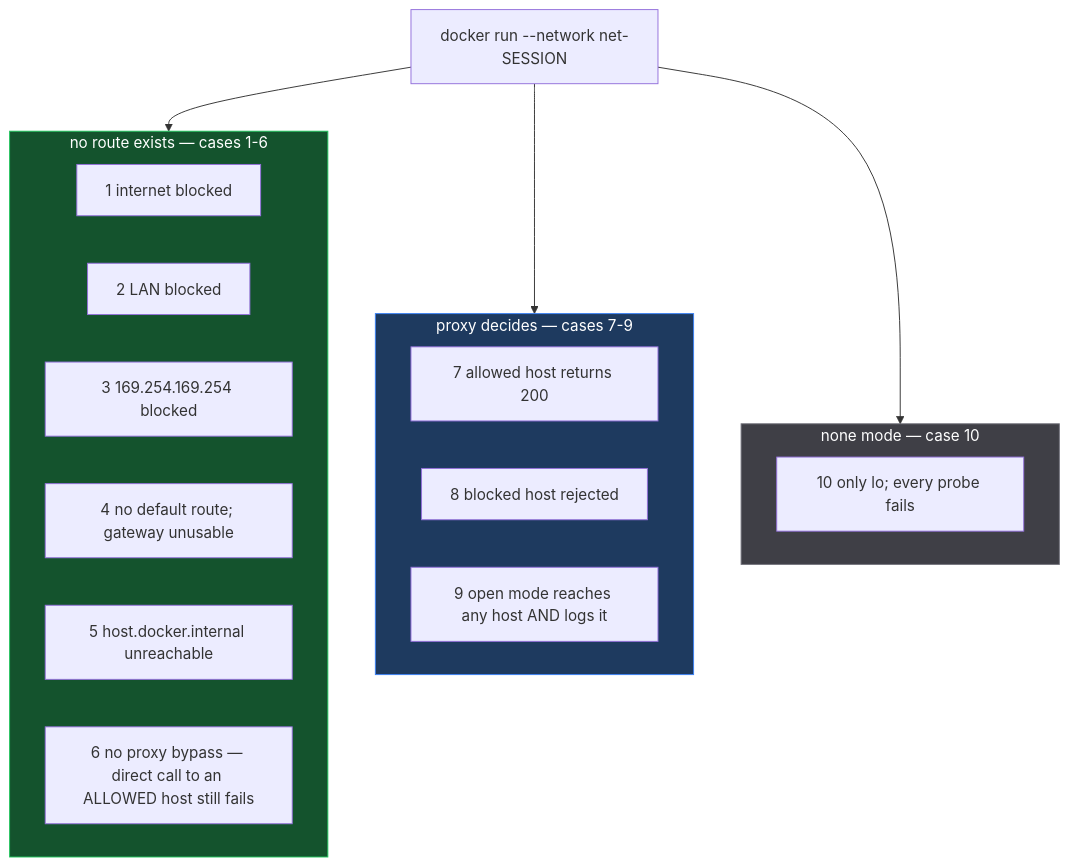
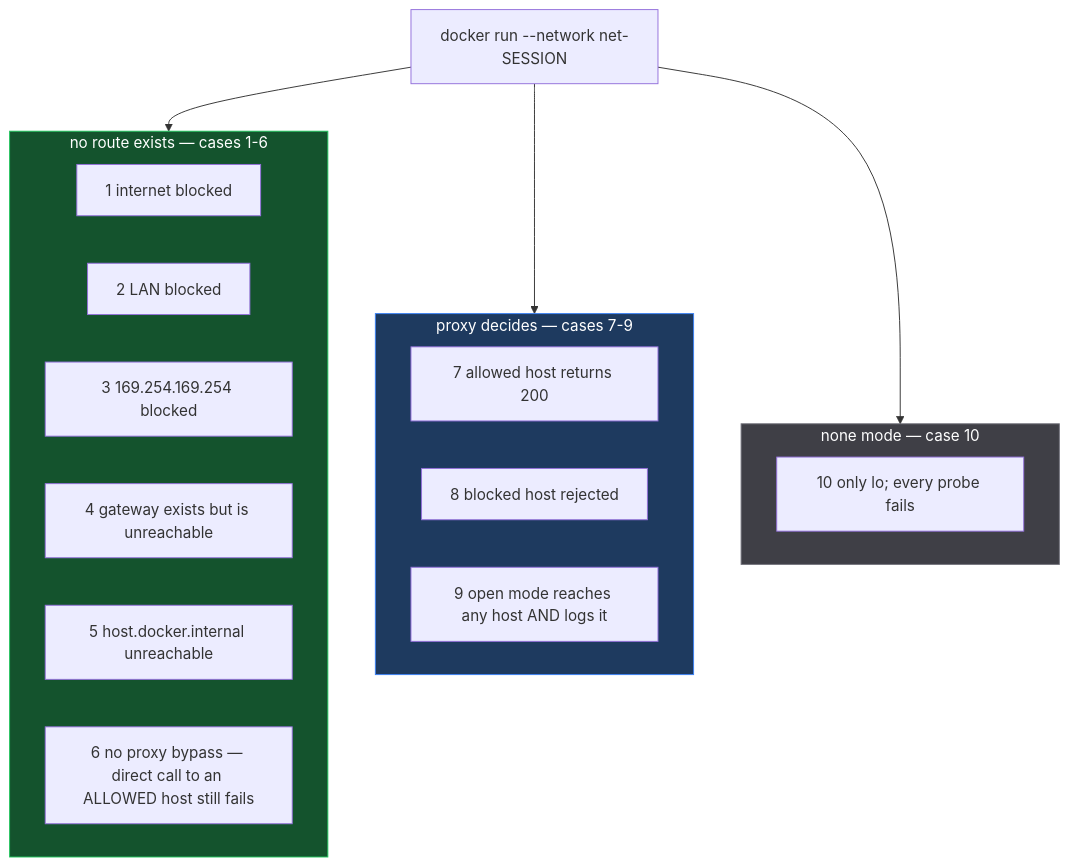
One commit to pixpilot/agent-tools changed the ninth of 9 diagrams in packages/coding-agent-sandbox/docs/network-hardening-plan.md. Above: the diagram before and after it, drawn with Mermaid. The commit also changed other lines of this file and 10 other files, not shown here.

````diff
--- a/packages/coding-agent-sandbox/docs/network-hardening-plan.md
+++ b/packages/coding-agent-sandbox/docs/network-hardening-plan.md
@@ -344,29 +348,29 @@
 ```mermaid
 flowchart TD
   T["docker run --network net-SESSION"] --> G1
   T --> G2
   T --> G3
 
   subgraph G1["no route exists — cases 1-6"]
     A1["1 internet blocked"]
     A2["2 LAN blocked"]
     A3["3 169.254.169.254 blocked"]
-    A4["4 no default route; gateway unusable"]
+    A4["4 gateway exists but is unreachable"]
     A5["5 host.docker.internal unreachable"]
     A6["6 no proxy bypass — direct call to an ALLOWED host still fails"]
   end
 
   subgraph G2["proxy decides — cases 7-9"]
     B1["7 allowed host returns 200"]
     B2["8 blocked host rejected"]
     B3["9 open mode reaches any host AND logs it"]
   end
 
   subgraph G3["none mode — case 10"]
     C1["10 only lo; every probe fails"]
   end
 
   style G1 fill:#14532d,color:#fff,stroke:#22c55e
   style G2 fill:#1e3a5f,color:#fff,stroke:#3b82f6
   style G3 fill:#3f3f46,color:#fff,stroke:#71717a
 ```
````
